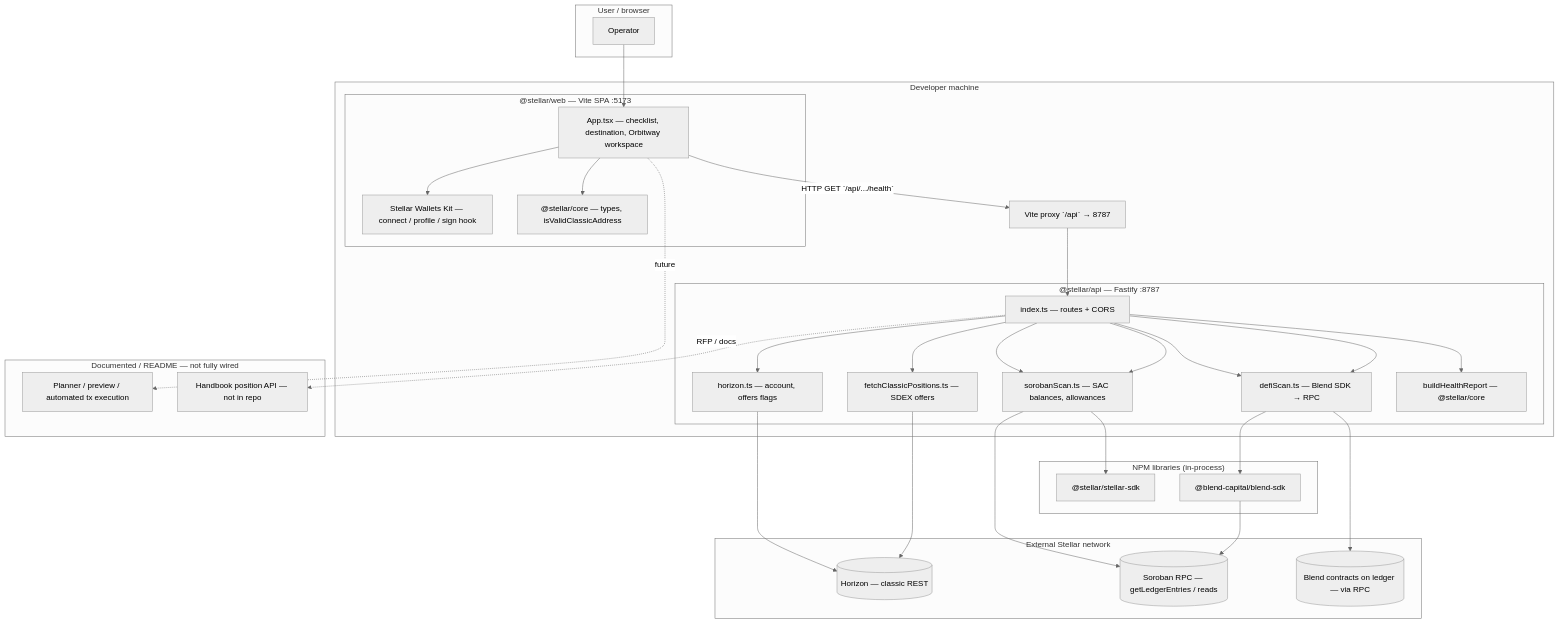
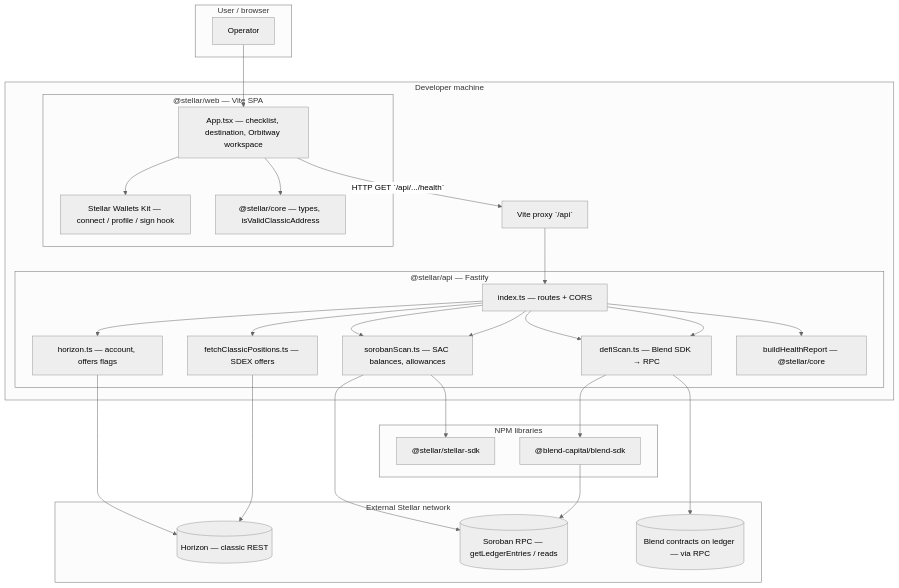
The second of 4 diagrams in docs/TECHNICAL_OVERVIEW.md (streamnft-tech/account_demolisher), drawn with Mermaid (neutral theme) before and after one commit. The commit also changed other lines of this file and 1 other file, not shown here.

````diff
--- a/docs/TECHNICAL_OVERVIEW.md
+++ b/docs/TECHNICAL_OVERVIEW.md
@@ -166,56 +46,48 @@
 ```mermaid
 flowchart TB
   subgraph User["User / browser"]
     U[Operator]
   end
 
   subgraph DevHost["Developer machine"]
-    subgraph Web["@stellar/web — Vite SPA :5173"]
+    subgraph Web["@stellar/web — Vite SPA"]
       UI[App.tsx — checklist, destination, Orbitway workspace]
       WK[Stellar Wallets Kit — connect / profile / sign hook]
       CoreC["@stellar/core — types, isValidClassicAddress"]
     end
-    subgraph API["@stellar/api — Fastify :8787"]
+    subgraph API["@stellar/api — Fastify"]
       IDX[index.ts — routes + CORS]
       HZ[horizon.ts — account, offers flags]
       FC[fetchClassicPositions.ts — SDEX offers]
       SB[sorobanScan.ts — SAC balances, allowances]
       DF[defiScan.ts — Blend SDK → RPC]
       CORE[buildHealthReport — @stellar/core]
     end
-    PROXY[Vite proxy `/api` → 8787]
+    PROXY[Vite proxy `/api`]
   end
 
   subgraph Ext["External Stellar network"]
     H[(Horizon — classic REST)]
     R[(Soroban RPC — getLedgerEntries / reads)]
     BC[(Blend contracts on ledger — via RPC)]
   end
 
-  subgraph Deps["NPM libraries (in-process)"]
+  subgraph Deps["NPM libraries"]
     SKD["@stellar/stellar-sdk"]
     BLEND["@blend-capital/blend-sdk"]
-  end
-
-  subgraph Planned["Documented / README — not fully wired"]
-    PL[Planner / preview / automated tx execution]
-    POS["Handbook position API — not in repo"]
   end
 
   U --> UI
   UI --> WK
   UI --> CoreC
   UI -->|HTTP GET `/api/.../health`| PROXY
   PROXY --> IDX
 
   IDX --> HZ --> H
   IDX --> FC --> H
   IDX --> SB --> R
   IDX --> SB --> SKD
   IDX --> DF --> BLEND --> R
   IDX --> DF --> BC
   IDX --> CORE
-
-  UI -.->|future| PL
-  IDX -.->|RFP / docs| POS
 ```
````
